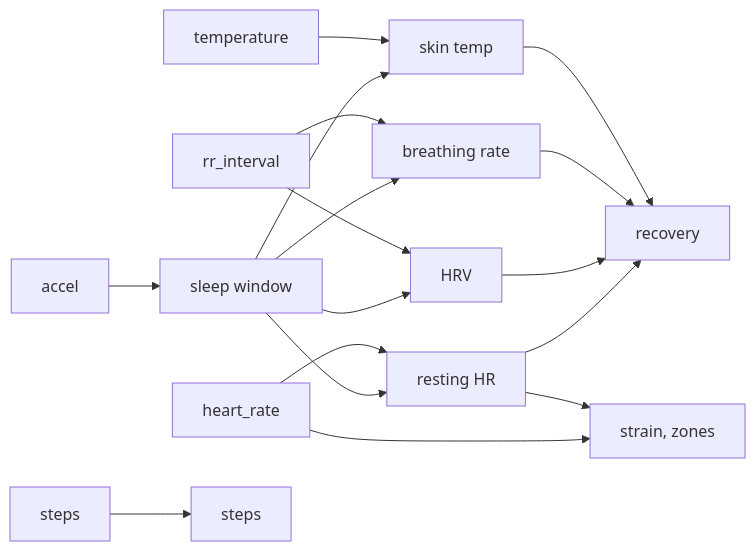
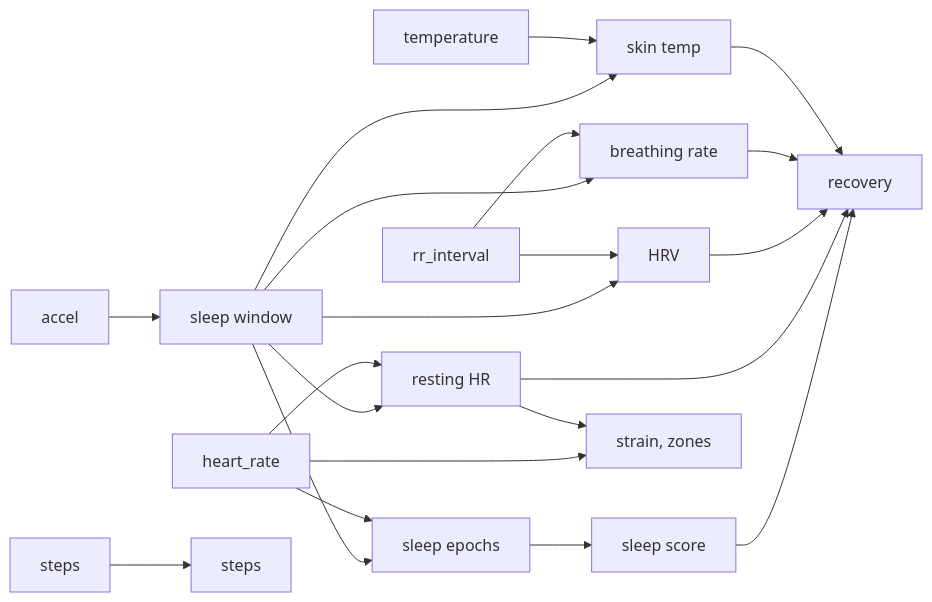
One commit to pkrshnan/dashboardify changed the diagram in docs/health-metrics.md. Above: the diagram before and after it, drawn with Mermaid. The commit also changed other lines of this file and 11 other files, not shown here.

First line of the commit message:
Health: score sleep from movement and heart rate, add a sleep score

````diff
--- a/docs/health-metrics.md
+++ b/docs/health-metrics.md
@@ -8,16 +8,20 @@
 ```mermaid
 flowchart LR
   A[accel] --> S[sleep window]
+  S --> E[sleep epochs]
+  HR --> E
+  E --> SS[sleep score]
+  SS --> REC
   S --> R[resting HR]
   S --> H[HRV]
   S --> B[breathing rate]
   S --> T[skin temp]
   HR[heart_rate] --> R
   RR[rr_interval] --> H
   RR --> B
   TMP[temperature] --> T
   R & H & B & T --> REC[recovery]
   HR --> ST[strain, zones]
   R --> ST
   STP[steps] --> STEPS[steps]
 ```
````
